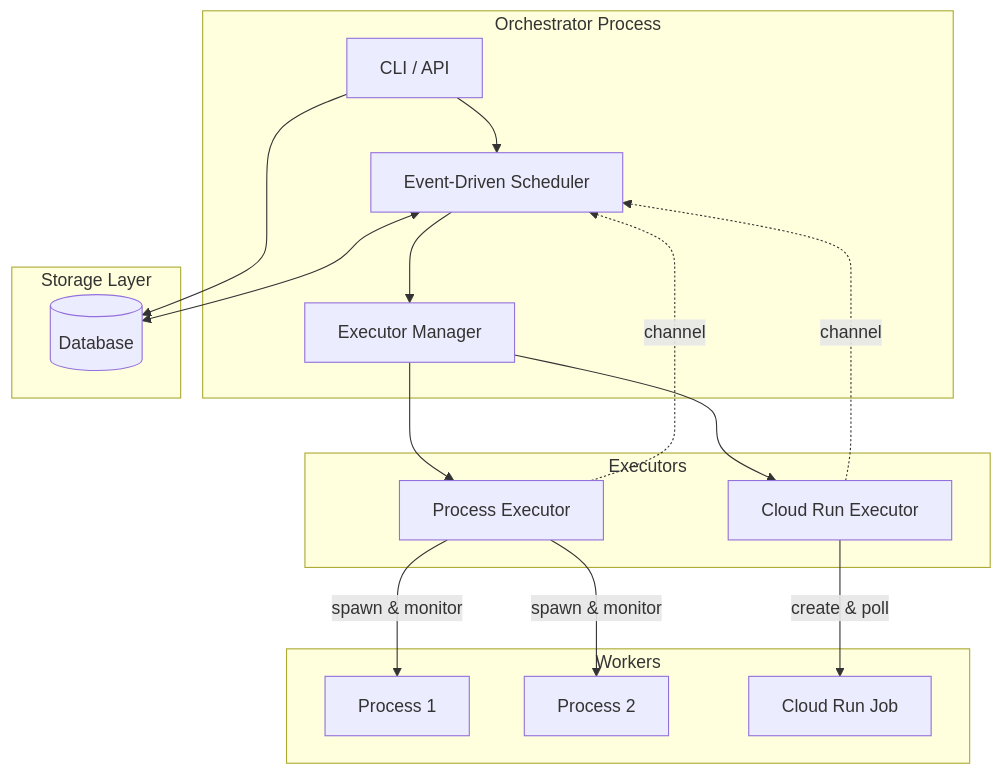
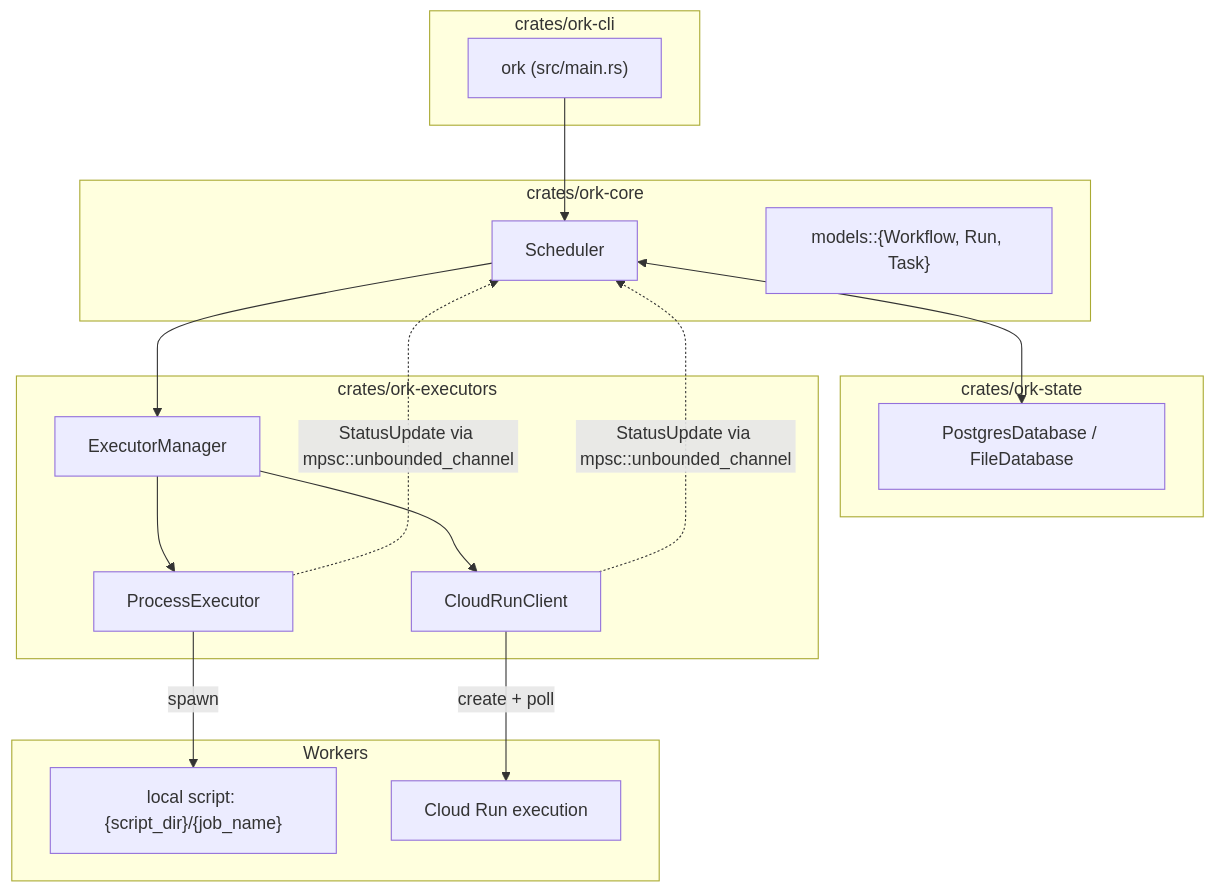
One commit to gajop/ork changed the first of 3 diagrams in docs/dev/architecture.md. Above: the diagram before and after it, drawn with Mermaid. The commit also changed other lines of this file and 19 other files, not shown here.

Commit message:
docs: refresh architecture/spec/crate docs and add docs check script

````diff
--- a/docs/dev/architecture.md
+++ b/docs/dev/architecture.md
@@ -7,35 +7,36 @@
 ```mermaid
 graph TB
-    subgraph orchestrator[Orchestrator Process]
-        CLI[CLI / API]
-        Scheduler[Event-Driven Scheduler]
-        ExecMgr[Executor Manager]
+    subgraph CLI["crates/ork-cli"]
+        OrkCLI["ork (src/main.rs)"]
     end
 
-    subgraph executors[Executors]
-        ProcExec[Process Executor]
-        CloudExec[Cloud Run Executor]
+    subgraph Core["crates/ork-core"]
+        Scheduler["Scheduler<D,E>"]
+        Models["models::{Workflow, Run, Task}"]
     end
 
-    subgraph workers[Workers]
-        W1[Process 1]
-        W2[Process 2]
-        W3[Cloud Run Job]
+    subgraph State["crates/ork-state"]
+        DB["PostgresDatabase / FileDatabase"]
     end
 
-    subgraph storage[Storage Layer]
-        DB[(Database)]
+    subgraph Executors["crates/ork-executors"]
+        ExecMgr["ExecutorManager"]
+        ProcExec["ProcessExecutor"]
+        CloudExec["CloudRunClient"]
     end
 
-    CLI --> DB
-    CLI --> Scheduler
+    subgraph Workers["Workers"]
+        LocalJob["local script: {script_dir}/{job_name}"]
+        CloudJob["Cloud Run execution"]
+    end
+
+    OrkCLI --> Scheduler
     Scheduler <--> DB
     Scheduler --> ExecMgr
     ExecMgr --> ProcExec
     ExecMgr --> CloudExec
-    ProcExec -->|spawn & monitor| W1
-    ProcExec -->|spawn & monitor| W2
-    CloudExec -->|create & poll| W3
-    ProcExec -.channel.-> Scheduler
-    CloudExec -.channel.-> Scheduler
+    ProcExec -->|spawn| LocalJob
+    CloudExec -->|create + poll| CloudJob
+    ProcExec -. "StatusUpdate via mpsc::unbounded_channel" .-> Scheduler
+    CloudExec -. "StatusUpdate via mpsc::unbounded_channel" .-> Scheduler
 ```
````
